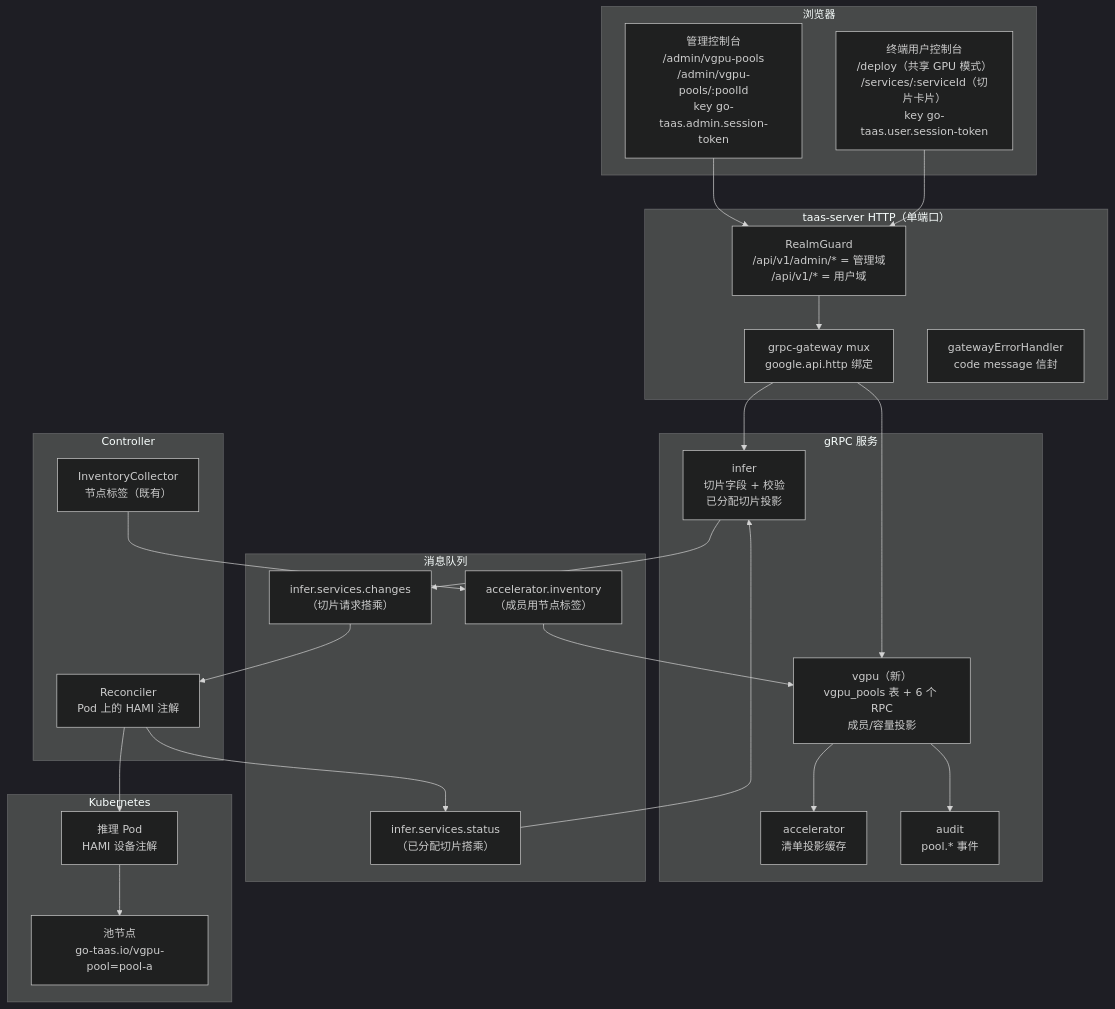
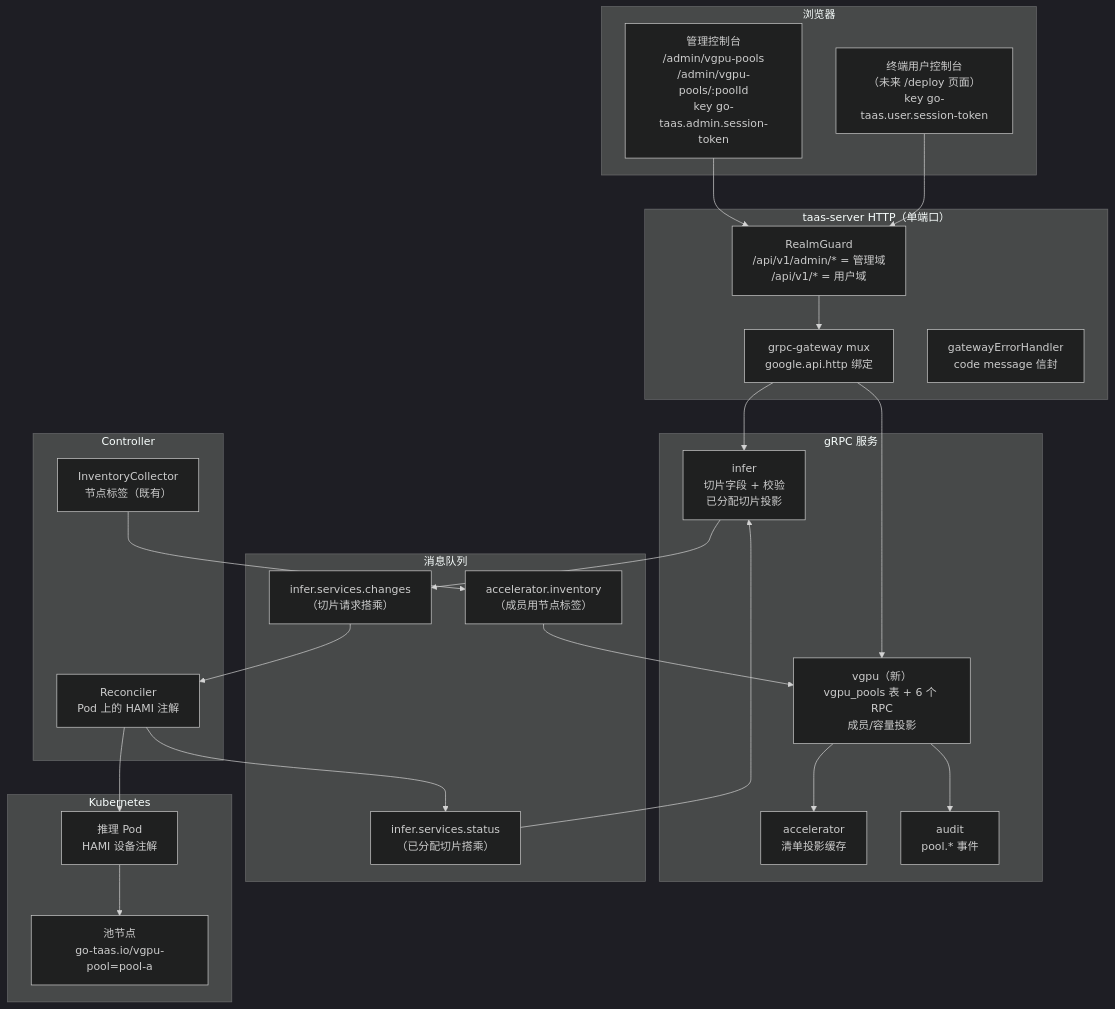
One commit to go-taas/go-taas changed the first of 3 diagrams in site/docs/architecture/vgpu-slicing-pool.zh-cn.md. Above: the diagram before and after it, drawn with Mermaid (dark theme). The commit also changed other lines of this file and 4 other files, not shown here.

````diff
--- a/site/docs/architecture/vgpu-slicing-pool.zh-cn.md
+++ b/site/docs/architecture/vgpu-slicing-pool.zh-cn.md
@@ -83,52 +83,52 @@
 ```mermaid
 flowchart TD
     subgraph browsers["浏览器"]
         AC["管理控制台<br/>/admin/vgpu-pools<br/>/admin/vgpu-pools/:poolId<br/>key go-taas.admin.session-token"]
-        UC["终端用户控制台<br/>/deploy（共享 GPU 模式）<br/>/services/:serviceId（切片卡片）<br/>key go-taas.user.session-token"]
+        UC["终端用户控制台<br/>（未来 /deploy 页面）<br/>key go-taas.user.session-token"]
     end
 
     subgraph gateway["taas-server HTTP（单端口）"]
         GUARD["RealmGuard<br/>/api/v1/admin/* = 管理域<br/>/api/v1/* = 用户域"]
         MUX["grpc-gateway mux<br/>google.api.http 绑定"]
         ERR["gatewayErrorHandler<br/>code message 信封"]
     end
 
     subgraph services["gRPC 服务"]
         VGPU["vgpu（新）<br/>vgpu_pools 表 + 6 个 RPC<br/>成员/容量投影"]
         INF["infer<br/>切片字段 + 校验<br/>已分配切片投影"]
         ACC["accelerator<br/>清单投影缓存"]
         AUD["audit<br/>pool.* 事件"]
     end
 
     subgraph mq["消息队列"]
         CH["infer.services.changes<br/>（切片请求搭乘）"]
         ST["infer.services.status<br/>（已分配切片搭乘）"]
         INV["accelerator.inventory<br/>（成员用节点标签）"]
     end
 
     subgraph ctrl["Controller"]
         REC["Reconciler<br/>Pod 上的 HAMI 注解"]
         INVCOL["InventoryCollector<br/>节点标签（既有）"]
     end
 
     subgraph k8s["Kubernetes"]
         POD["推理 Pod<br/>HAMI 设备注解"]
         NODE["池节点<br/>go-taas.io/vgpu-pool=pool-a"]
     end
 
     AC --> GUARD
     UC --> GUARD
     GUARD --> MUX
     MUX --> VGPU
     MUX --> INF
     VGPU --> ACC
     VGPU --> AUD
     INF --> CH
     CH --> REC
     REC --> POD
     POD --> NODE
     INVCOL --> INV
     INV --> VGPU
     REC --> ST
     ST --> INF
 ```
````
